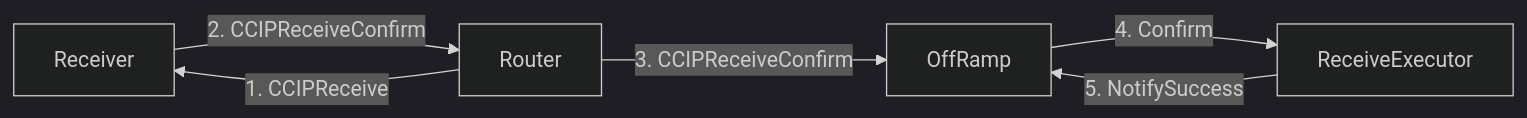
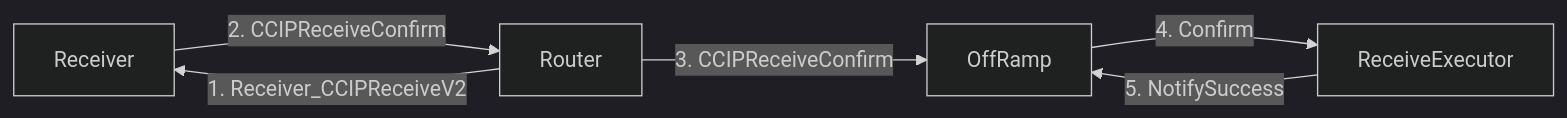
The third of 6 diagrams in docs/contracts/overview/ccip/offramp/arbitrary-msg.md (smartcontractkit/chainlink-ton), drawn with Mermaid (dark theme) before and after one commit. The commit also changed other lines of this file and 31 other files, not shown here.

First line of the commit message:
[NONEVM-5608] Fix Receiver_CCIPReceive potential overflow (#841)

````diff
--- a/docs/contracts/overview/ccip/offramp/arbitrary-msg.md
+++ b/docs/contracts/overview/ccip/offramp/arbitrary-msg.md
@@ -120,13 +120,13 @@
 ```mermaid
 graph LR
     RCV["Receiver"]
     R["Router"]
     OFR["OffRamp"]
     RE["ReceiveExecutor"]
 
-    R -->|1. CCIPReceive| RCV
+    R -->|1. Receiver_CCIPReceiveV2| RCV
     RCV -->|2. CCIPReceiveConfirm| R
     R -->|3. CCIPReceiveConfirm| OFR
     OFR -->|4. Confirm| RE
     RE -->|5. NotifySuccess| OFR
 ```
````
